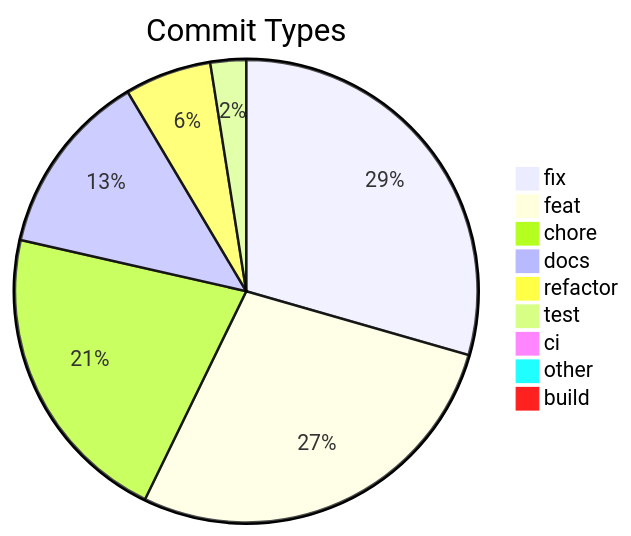
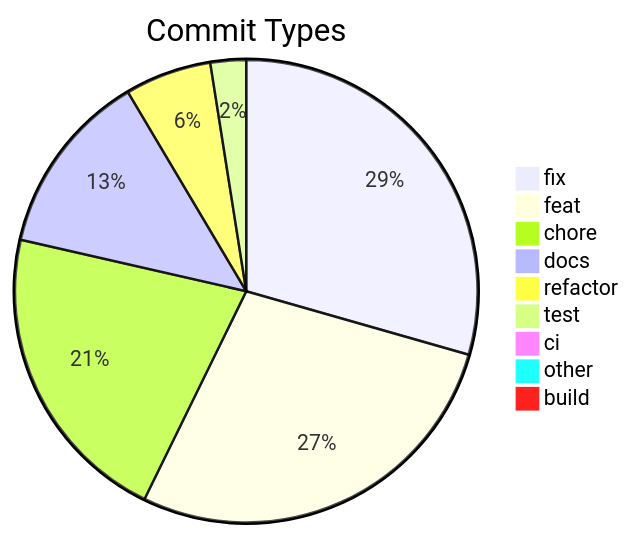
One commit to svenroth-ai/shipwright changed the diagram in .shipwright/compliance/change-history.md. Above: the diagram before and after it, drawn with Mermaid. The commit also changed other lines of this file and 30 other files, not shown here.

````diff
--- a/.shipwright/compliance/change-history.md
+++ b/.shipwright/compliance/change-history.md
@@ -8,12 +8,12 @@
 ```mermaid
 pie title Commit Types
     "fix" : 331
-    "feat" : 312
+    "feat" : 313
     "chore" : 240
     "docs" : 145
     "refactor" : 68
     "test" : 28
     "ci" : 11
     "other" : 9
     "build" : 1
 ```
````
